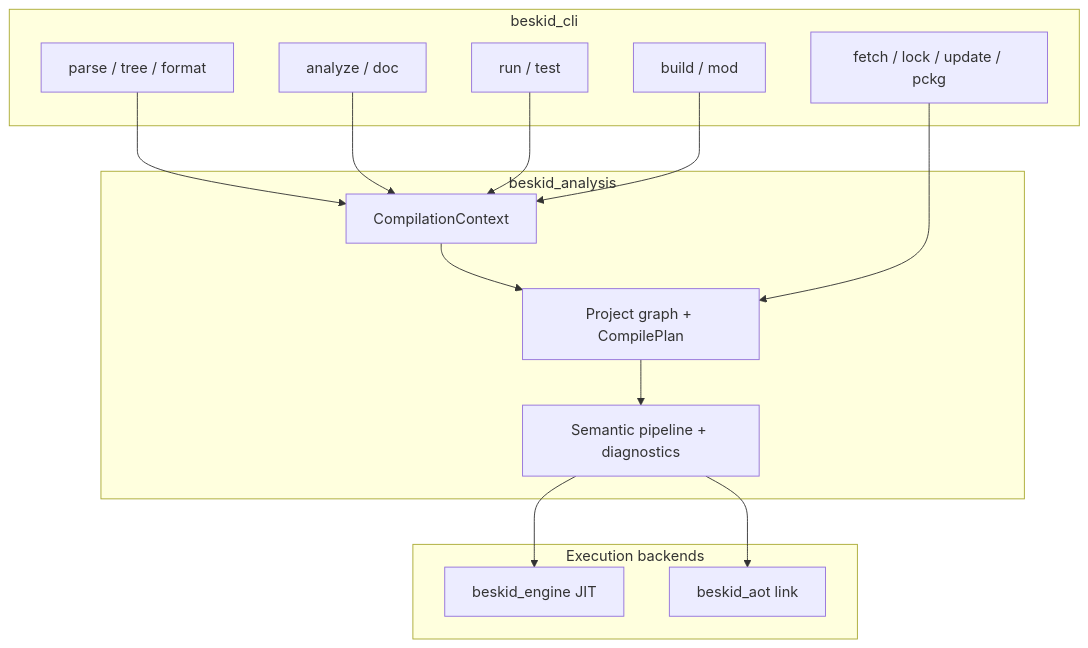
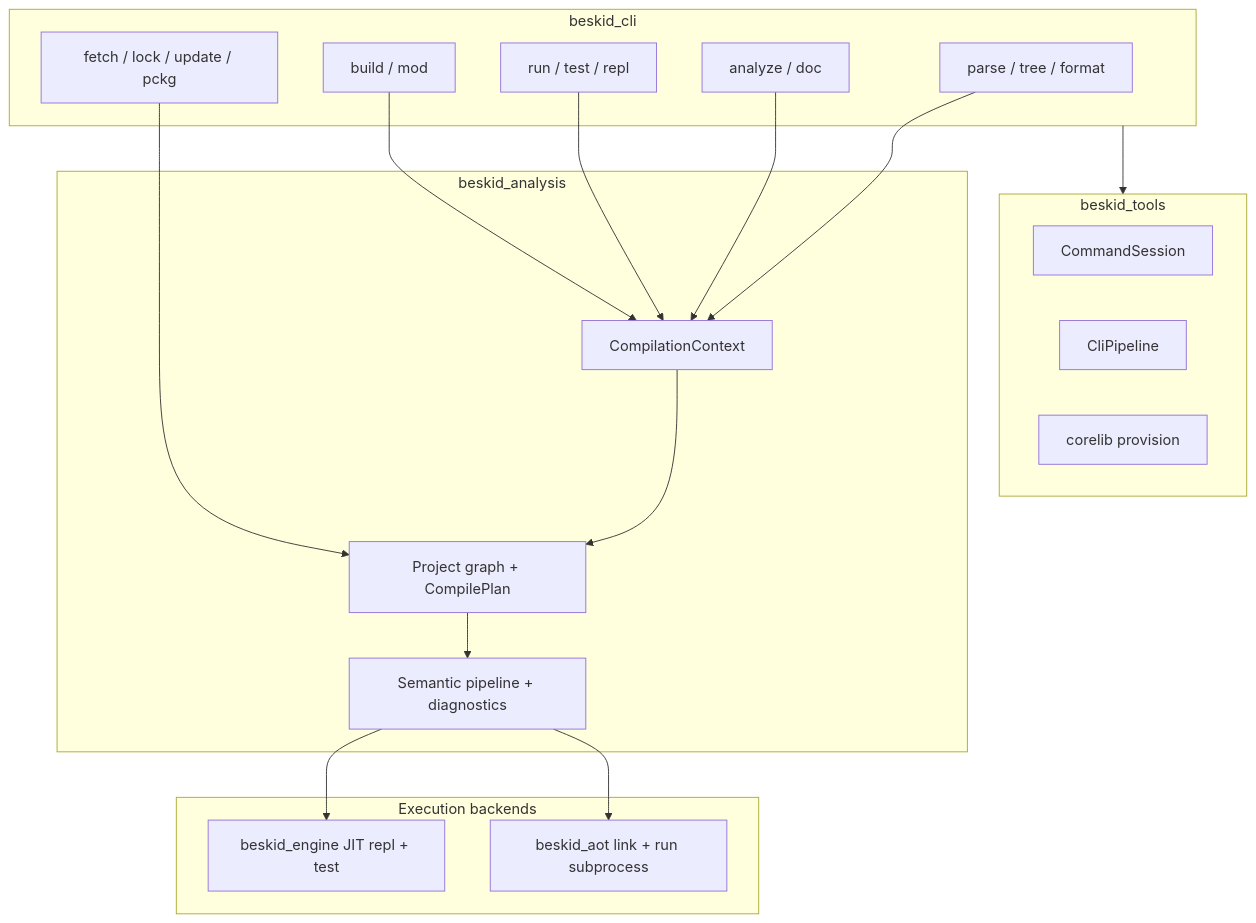
The diagram in site/website/src/content/docs/platform-spec/tooling/cli/build-analyze-run-contract/design-model.mdx (Cyber-Nomad-Collective/beskid), drawn with Mermaid before and after one commit. The commit also changed other lines of this file and 32 other files, not shown here.

````diff
--- a/site/website/src/content/docs/platform-spec/tooling/cli/build-analyze-run-contract/design-model.mdx
+++ b/site/website/src/content/docs/platform-spec/tooling/cli/build-analyze-run-contract/design-model.mdx
@@ -43,28 +43,34 @@
 ```mermaid
 flowchart TB
   subgraph cli [beskid_cli]
     Parse[parse / tree / format]
     Analyze[analyze / doc]
-    Run[run / test]
+    Run[run / test / repl]
     Build[build / mod]
     Pkg[fetch / lock / update / pckg]
   end
+  subgraph tools [beskid_tools]
+    Session[CommandSession]
+    Pipeline[CliPipeline]
+    Corelib[corelib provision]
+  end
+  cli --> tools
   subgraph analysis [beskid_analysis]
     Ctx[CompilationContext]
     Graph[Project graph + CompilePlan]
     Sem[Semantic pipeline + diagnostics]
   end
   subgraph backends [Execution backends]
-    JIT[beskid_engine JIT]
-    AOT[beskid_aot link]
+    JIT[beskid_engine JIT repl + test]
+    AOT[beskid_aot link + run subprocess]
   end
   Parse --> Ctx
   Analyze --> Ctx
   Run --> Ctx
   Build --> Ctx
   Ctx --> Graph
   Graph --> Sem
   Sem --> JIT
   Sem --> AOT
   Pkg --> Graph
 ```
````
